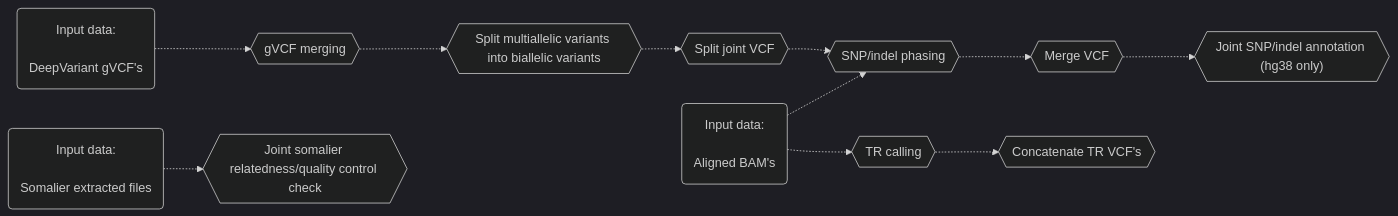
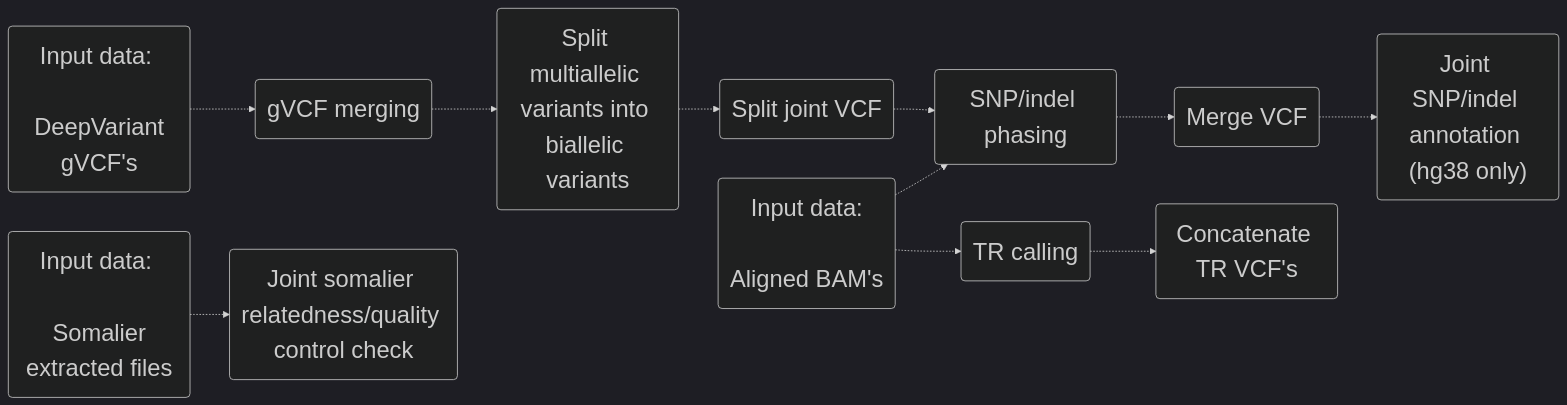
Before and after one commit to leahkemp/pipeface: the diagram in docs/popface/info.md, drawn with Mermaid. The commit also changed 1 other file, not shown here.

Commit message:
make diagrams more readable

````diff
--- a/docs/popface/info.md
+++ b/docs/popface/info.md
@@ -5,24 +5,24 @@
 ```mermaid
-%%{init: {'theme':'dark'}}%%
+%%{init: {'theme':'dark', 'themeVariables': {'fontSize': '30px'}}}%%
 flowchart LR
 
 input_gvcf("Input data: <br><br> DeepVariant gVCF's")
 input_bam("Input data: <br><br> Aligned BAM's")
-gvcf_merging{{"gVCF merging"}}
-joint_split_multiallele{{"Split multiallelic variants into biallelic variants"}}
-split_vcf{{"Split joint VCF"}}
-snp_indel_phasing{{"SNP/indel phasing"}}
-merge_vcf{{"Merge VCF"}}
-joint_snp_indel_annotation{{"Joint SNP/indel annotation (hg38 only)"}}
-tr_calling{{"TR calling"}}
-concat_vcf{{"Concatenate TR VCF's"}}
+gvcf_merging("gVCF merging")
+joint_split_multiallele("Split multiallelic variants into biallelic variants")
+split_vcf("Split joint VCF")
+snp_indel_phasing("SNP/indel phasing")
+merge_vcf("Merge VCF")
+joint_snp_indel_annotation("Joint SNP/indel annotation (hg38 only)")
+tr_calling("TR calling")
+concat_vcf("Concatenate TR VCF's")
 
 input_somalier("Input data: <br><br> Somalier extracted files")
-joint_somalier{{"Joint somalier relatedness/quality control check"}}
+joint_somalier("Joint somalier relatedness/quality control check")
 
 input_gvcf-.->gvcf_merging-.->joint_split_multiallele-.->split_vcf-.->snp_indel_phasing-.->merge_vcf-.->joint_snp_indel_annotation
 input_bam-.->snp_indel_phasing
 input_bam-.->tr_calling-.->concat_vcf
 input_somalier-.->joint_somalier
 
 ```
````
